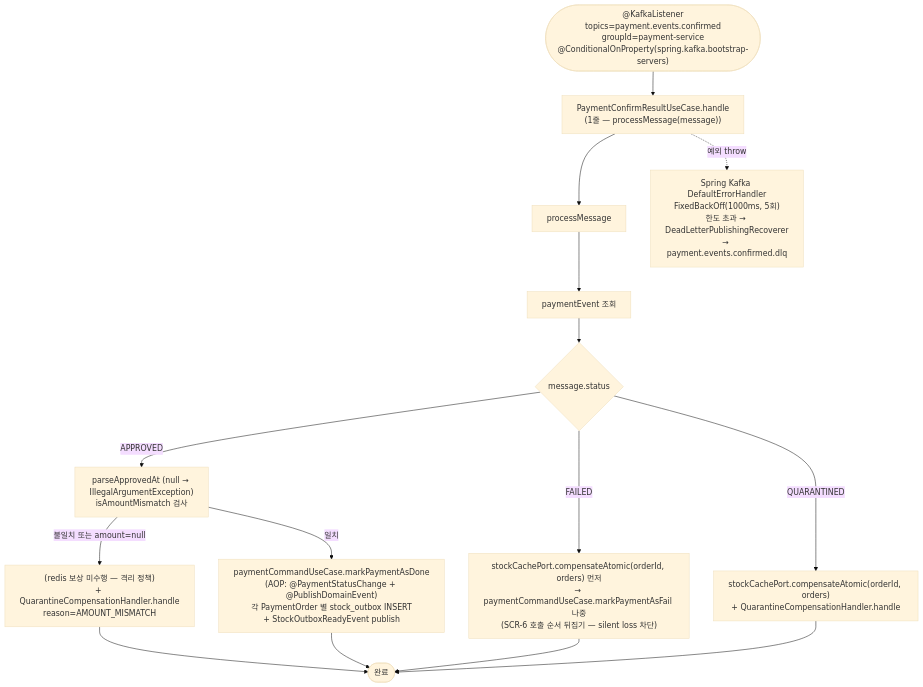
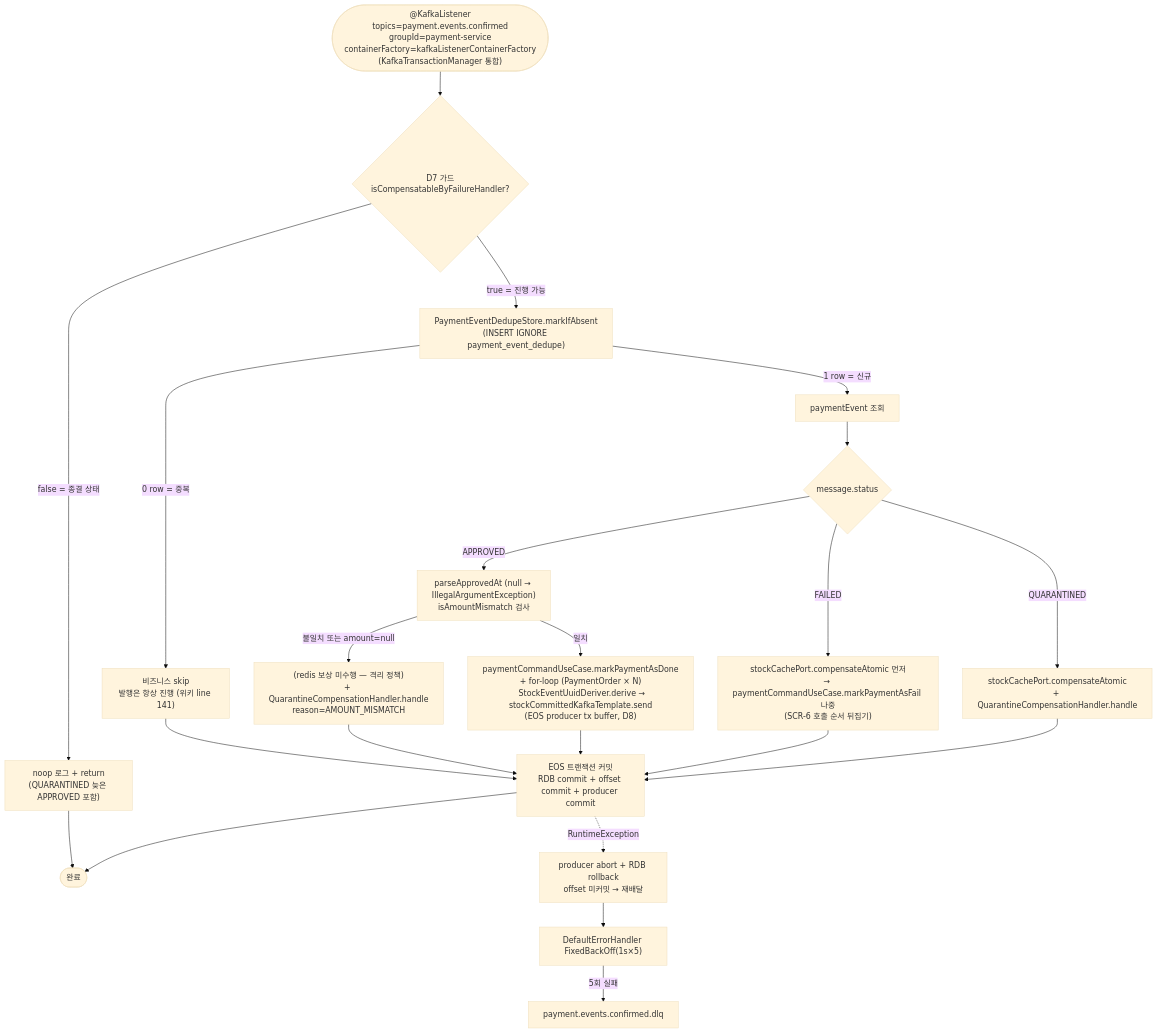
Before and after one commit to hyoguoo/payment-platform: the fourth of 9 diagrams in docs/context/CONFIRM-FLOW.md, drawn with Mermaid (base theme). The commit also changed other lines of this file and 7 other files, not shown here.

First line of the commit message:
docs(payment-eos-transition): 영구 문서 6개 갱신 + execute 봉인 (PET-14)

````diff
--- a/docs/context/CONFIRM-FLOW.md
+++ b/docs/context/CONFIRM-FLOW.md
@@ -117,23 +122,31 @@
 ```mermaid
 flowchart TD
-    KC(["@KafkaListener<br/>topics=payment.events.confirmed<br/>groupId=payment-service<br/>@ConditionalOnProperty(spring.kafka.bootstrap-servers)"]) --> UC["PaymentConfirmResultUseCase.handle<br/>(1줄 — processMessage(message))"]
+    KC(["@KafkaListener<br/>topics=payment.events.confirmed<br/>groupId=payment-service<br/>containerFactory=kafkaListenerContainerFactory<br/>(KafkaTransactionManager 통합)"]) --> GUARD{"D7 가드<br/>isCompensatableByFailureHandler?"}
 
-    UC --> MSG[processMessage]
-    MSG --> LOAD[paymentEvent 조회]
+    GUARD -->|false = 종결 상태| NOOP["noop 로그 + return<br/>(QUARANTINED 늦은 APPROVED 포함)"]
+    GUARD -->|true = 진행 가능| DEDUPE["PaymentEventDedupeStore.markIfAbsent<br/>(INSERT IGNORE payment_event_dedupe)"]
+
+    DEDUPE -->|0 row = 중복| RESEND["비즈니스 skip<br/>발행은 항상 진행 (위키 line 141)"]
+    DEDUPE -->|1 row = 신규| LOAD[paymentEvent 조회]
     LOAD --> SW{message.status}
 
     SW -->|APPROVED| AMT["parseApprovedAt (null → IllegalArgumentException)<br/>isAmountMismatch 검사"]
     AMT -->|불일치 또는 amount=null| QU_AM["(redis 보상 미수행 — 격리 정책)<br/>+ QuarantineCompensationHandler.handle<br/>reason=AMOUNT_MISMATCH"]
-    AMT -->|일치| DONE_OK["paymentCommandUseCase.markPaymentAsDone<br/>(AOP: @PaymentStatusChange + @PublishDomainEvent)<br/>각 PaymentOrder 별 stock_outbox INSERT<br/>+ StockOutboxReadyEvent publish"]
+    AMT -->|일치| DONE_OK["paymentCommandUseCase.markPaymentAsDone<br/>+ for-loop (PaymentOrder × N)<br/>  StockEventUuidDeriver.derive → stockCommittedKafkaTemplate.send<br/>(EOS producer tx buffer, D8)"]
 
-    SW -->|FAILED| FAIL_OK["stockCachePort.compensateAtomic(orderId, orders) 먼저<br/>→ paymentCommandUseCase.markPaymentAsFail 나중<br/>(SCR-6 호출 순서 뒤집기 — silent loss 차단)"]
+    SW -->|FAILED| FAIL_OK["stockCachePort.compensateAtomic 먼저<br/>→ paymentCommandUseCase.markPaymentAsFail 나중<br/>(SCR-6 호출 순서 뒤집기)"]
 
-    SW -->|QUARANTINED| QU_PG["stockCachePort.compensateAtomic(orderId, orders)<br/>+ QuarantineCompensationHandler.handle"]
+    SW -->|QUARANTINED| QU_PG["stockCachePort.compensateAtomic<br/>+ QuarantineCompensationHandler.handle"]
 
-    DONE_OK --> END([완료])
-    FAIL_OK --> END
-    QU_AM --> END
-    QU_PG --> END
+    DONE_OK --> COMMIT["EOS 트랜잭션 커밋<br/>RDB commit + offset commit + producer commit"]
+    FAIL_OK --> COMMIT
+    QU_AM --> COMMIT
+    QU_PG --> COMMIT
+    RESEND --> COMMIT
+    NOOP --> END([완료])
+    COMMIT --> END
 
-    UC -.예외 throw.-> ERR["Spring Kafka DefaultErrorHandler<br/>FixedBackOff(1000ms, 5회)<br/>한도 초과 → DeadLetterPublishingRecoverer<br/>→ payment.events.confirmed.dlq"]
+    COMMIT -.->|RuntimeException| ABORT["producer abort + RDB rollback<br/>offset 미커밋 → 재배달"]
+    ABORT --> RETRY["DefaultErrorHandler FixedBackOff(1s×5)"]
+    RETRY -->|5회 실패| DLQ["payment.events.confirmed.dlq"]
 ```
````
